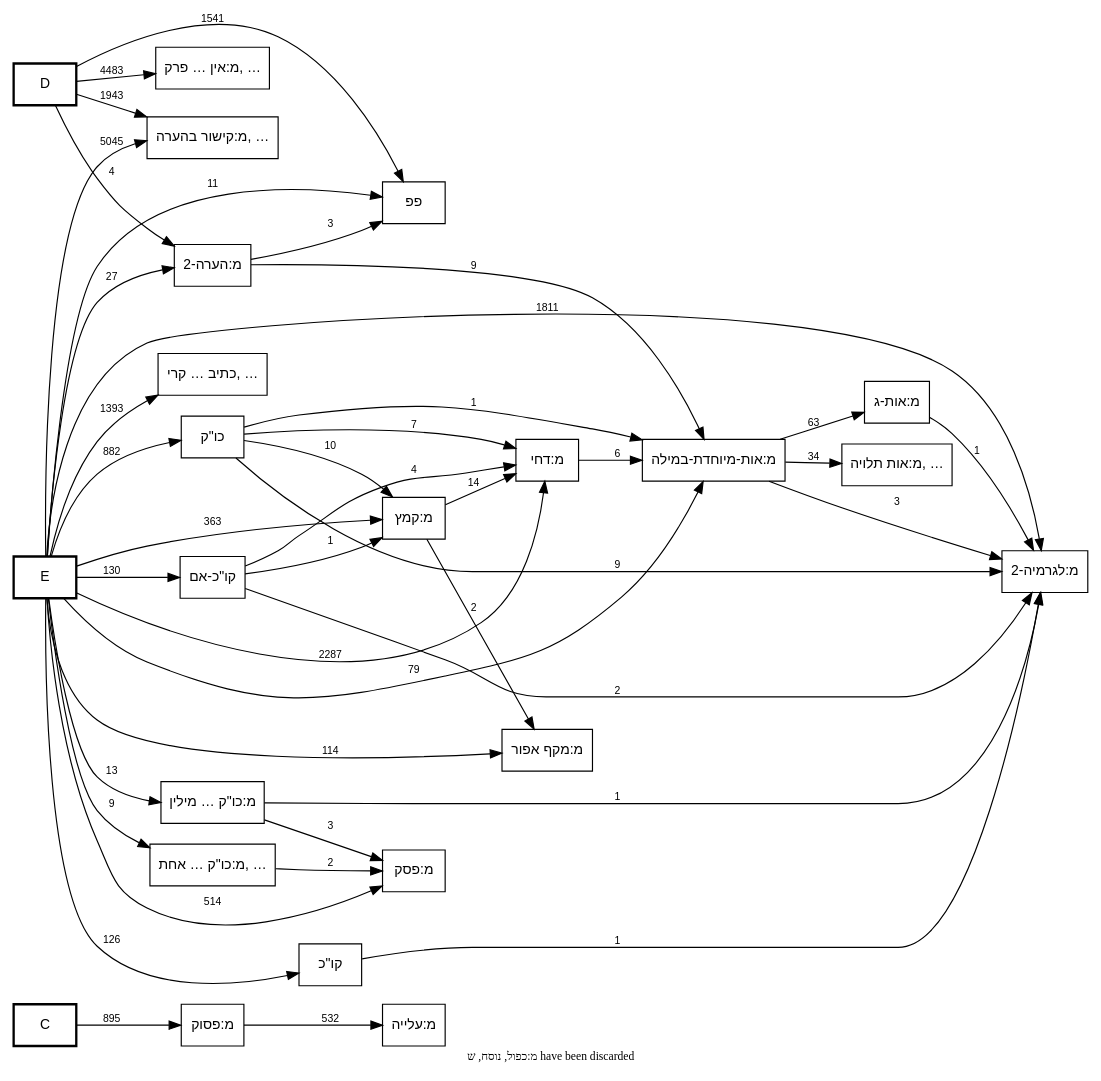
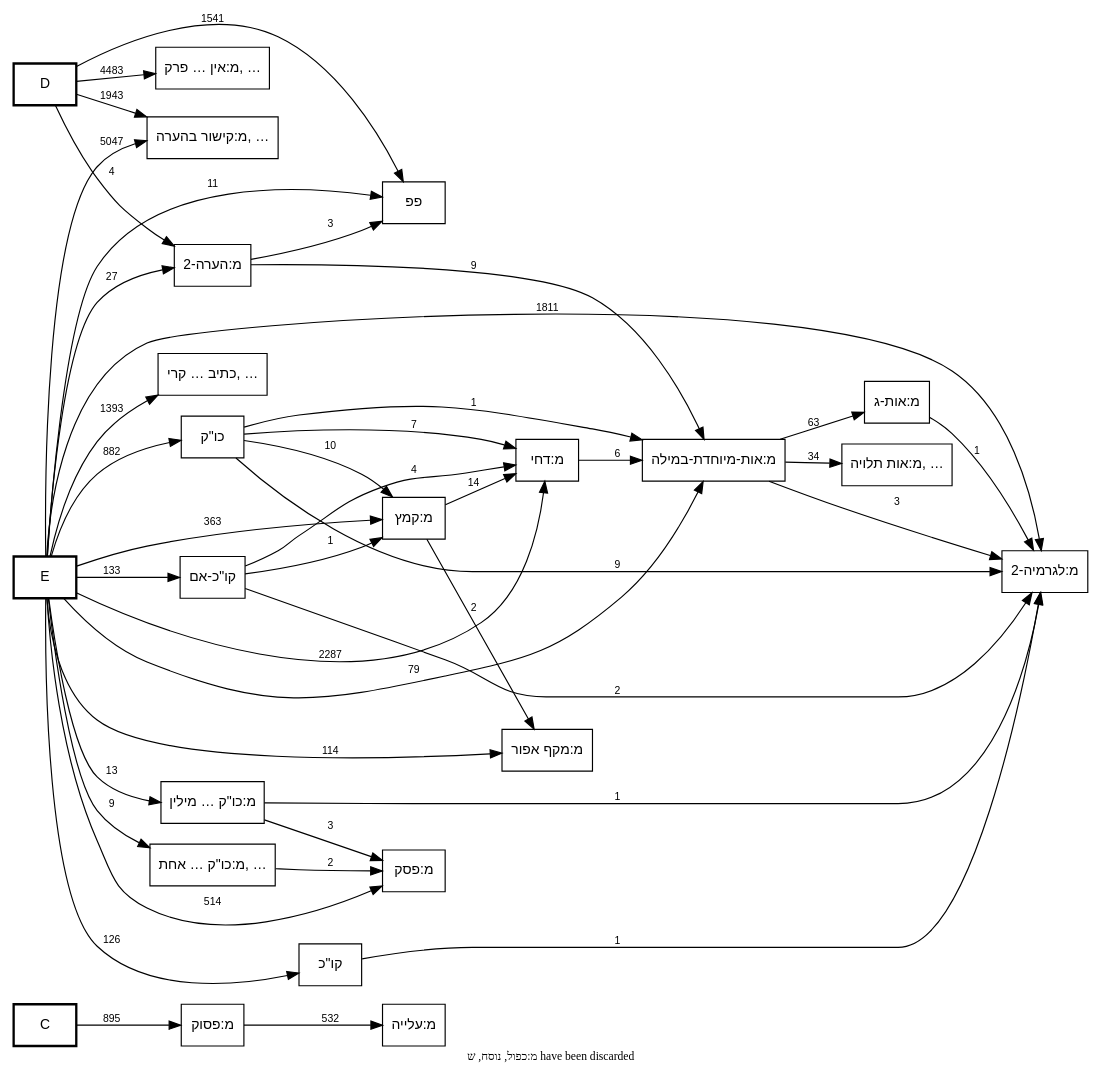
One commit to bdenckla/MAM-basics changed the diagram in out/MAM-tmpl-survey/plus-call-graph.dot. Above: the diagram before and after it, drawn with Graphviz. The commit also changed 22 other files, not shown here.

```diff
--- a/out/MAM-tmpl-survey/plus-call-graph.dot
+++ b/out/MAM-tmpl-survey/plus-call-graph.dot
@@ -1,93 +1,93 @@
 digraph template_call_graph {
     rankdir=LR;
     node [fontname="SBL Hebrew,Helvetica", fontsize=12];
     edge [fontname="Helvetica", fontsize=9];
 
     // Column nodes
     node [shape=box, style=bold];
     "C";
     "D";
     "E";
 
     // Template nodes
     node [shape=box, style=""];
     "כתיב ולא קרי" [label="כתיב … קרי, …", tooltip="כתיב ולא קרי
 מ:כו\"ק בין שני מקפים
 מ:כו\"ק כתיב מילה חדה וקרי תרתין מילין בין שני מקפים
 מ:כו\"ק כתיב תרתין מילין וקרי מילה חדה
 מ:כו\"ק קרי שונה מהכתיב בשתי מילים
 מ:כו\"ק של שלוש מילים בהערה אחת
 מ:נו\"ן הפוכה
 מ:צינור
 מ:קו\"כ קרי שונה מהכתיב בשתי מילים
 מ:קישור פנימי בהערה
 מודגש
 קרי ולא כתיב
 ר0
 ר2
 ר3"];
     "מ:אות תלויה" [label="מ:אות תלויה, …", tooltip="מ:אות תלויה
 מ:אות-ק"];
     "מ:אין פרשה בתחילת פרק" [label="מ:אין … פרק, …", tooltip="מ:אין פרשה בתחילת פרק
 מ:אין פרשה בתחילת פרק בספרי אמ\"ת
 מ:אין רווח של פרשה בתחילת פרשת השבוע
 מ:ספר חדש
 מ:רווח בתרי עשר בפסוק הראשון
 מ:רווח לספר בתהלים בפסוק הראשון
 ר4"];
     "מ:כו\"ק כתיב מילה חדה וקרי תרתין מילין" [label="מ:כו\"ק … מילין", tooltip="מ:כו\"ק כתיב מילה חדה וקרי תרתין מילין"];
     "מ:כו\"ק של שתי מילים בהערה אחת" [label="מ:כו\"ק … אחת, …", tooltip="מ:כו\"ק של שתי מילים בהערה אחת
 מ:קו\"כ כתיב מילה חדה וקרי תרתין מילין"];
     "מ:קישור בהערה" [label="מ:קישור בהערה, …", tooltip="מ:קישור בהערה
 מ:ששש
 סס
 ססס
 פפפ
 ר1"];
 
     // Note
     graph [label="מ:כפול, נוסח, ש have been discarded", labelloc=b, fontsize=10];
 
     // Edges
     "C" -> "מ:פסוק" [label="895"];
     "D" -> "מ:אין פרשה בתחילת פרק" [label="4483"];
     "D" -> "מ:הערה-2" [label="4"];
     "D" -> "מ:קישור בהערה" [label="1943"];
     "D" -> "פפ" [label="1541"];
     "E" -> "כו\"ק" [label="882"];
     "E" -> "כתיב ולא קרי" [label="1393"];
     "E" -> "מ:אות-מיוחדת-במילה" [label="79"];
     "E" -> "מ:דחי" [label="2287"];
     "E" -> "מ:הערה-2" [label="27"];
     "E" -> "מ:כו\"ק כתיב מילה חדה וקרי תרתין מילין" [label="13"];
     "E" -> "מ:כו\"ק של שתי מילים בהערה אחת" [label="9"];
     "E" -> "מ:לגרמיה-2" [label="1811"];
     "E" -> "מ:מקף אפור" [label="114"];
     "E" -> "מ:פסק" [label="514"];
-    "E" -> "מ:קישור בהערה" [label="5045"];
+    "E" -> "מ:קישור בהערה" [label="5047"];
     "E" -> "מ:קמץ" [label="363"];
     "E" -> "פפ" [label="11"];
     "E" -> "קו\"כ" [label="126"];
-    "E" -> "קו\"כ-אם" [label="130"];
+    "E" -> "קו\"כ-אם" [label="133"];
     "כו\"ק" -> "מ:אות-מיוחדת-במילה" [label="1"];
     "כו\"ק" -> "מ:דחי" [label="7"];
     "כו\"ק" -> "מ:לגרמיה-2" [label="9"];
     "כו\"ק" -> "מ:קמץ" [label="10"];
     "מ:אות-ג" -> "מ:לגרמיה-2" [label="1"];
     "מ:אות-מיוחדת-במילה" -> "מ:אות תלויה" [label="34"];
     "מ:אות-מיוחדת-במילה" -> "מ:אות-ג" [label="63"];
     "מ:אות-מיוחדת-במילה" -> "מ:לגרמיה-2" [label="3"];
     "מ:דחי" -> "מ:אות-מיוחדת-במילה" [label="6"];
     "מ:הערה-2" -> "מ:אות-מיוחדת-במילה" [label="9"];
     "מ:הערה-2" -> "פפ" [label="3"];
     "מ:כו\"ק כתיב מילה חדה וקרי תרתין מילין" -> "מ:לגרמיה-2" [label="1"];
     "מ:כו\"ק כתיב מילה חדה וקרי תרתין מילין" -> "מ:פסק" [label="3"];
     "מ:כו\"ק של שתי מילים בהערה אחת" -> "מ:פסק" [label="2"];
     "מ:פסוק" -> "מ:עלייה" [label="532"];
     "מ:קמץ" -> "מ:דחי" [label="14"];
     "מ:קמץ" -> "מ:מקף אפור" [label="2"];
     "קו\"כ" -> "מ:לגרמיה-2" [label="1"];
     "קו\"כ-אם" -> "מ:דחי" [label="4"];
     "קו\"כ-אם" -> "מ:לגרמיה-2" [label="2"];
     "קו\"כ-אם" -> "מ:קמץ" [label="1"];
 }
```
